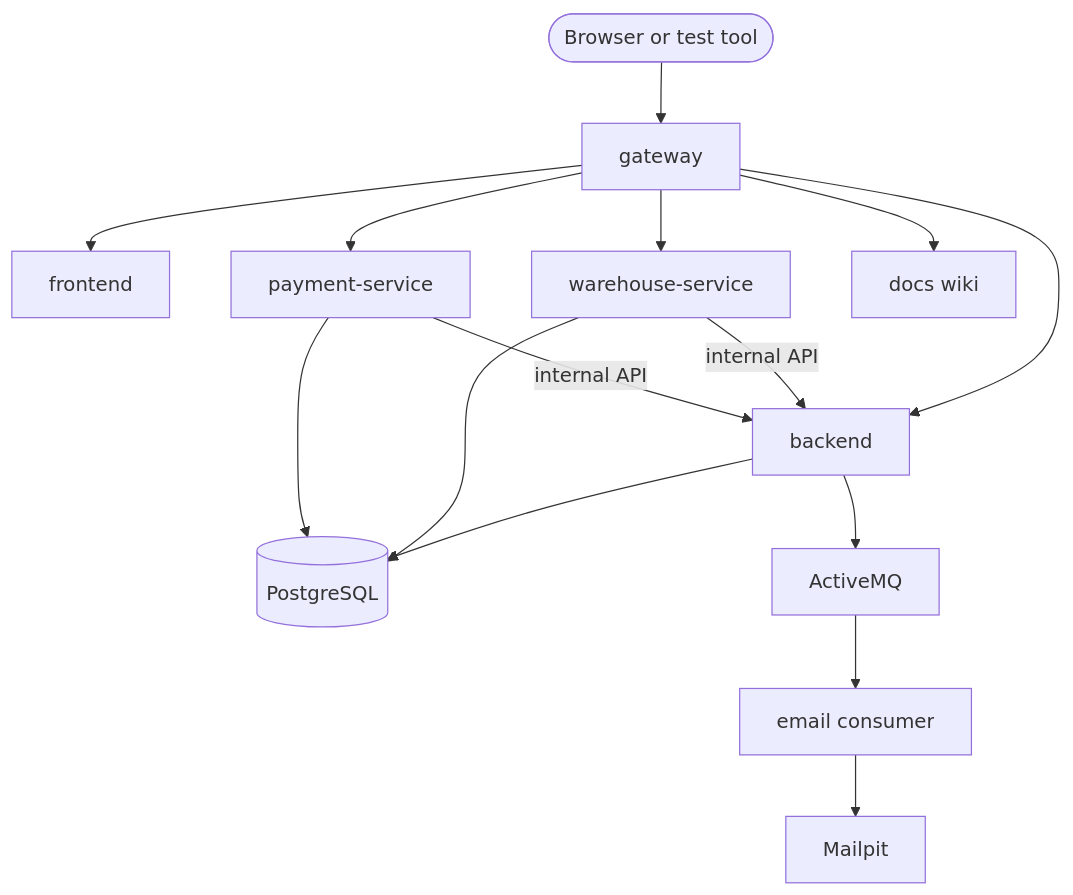
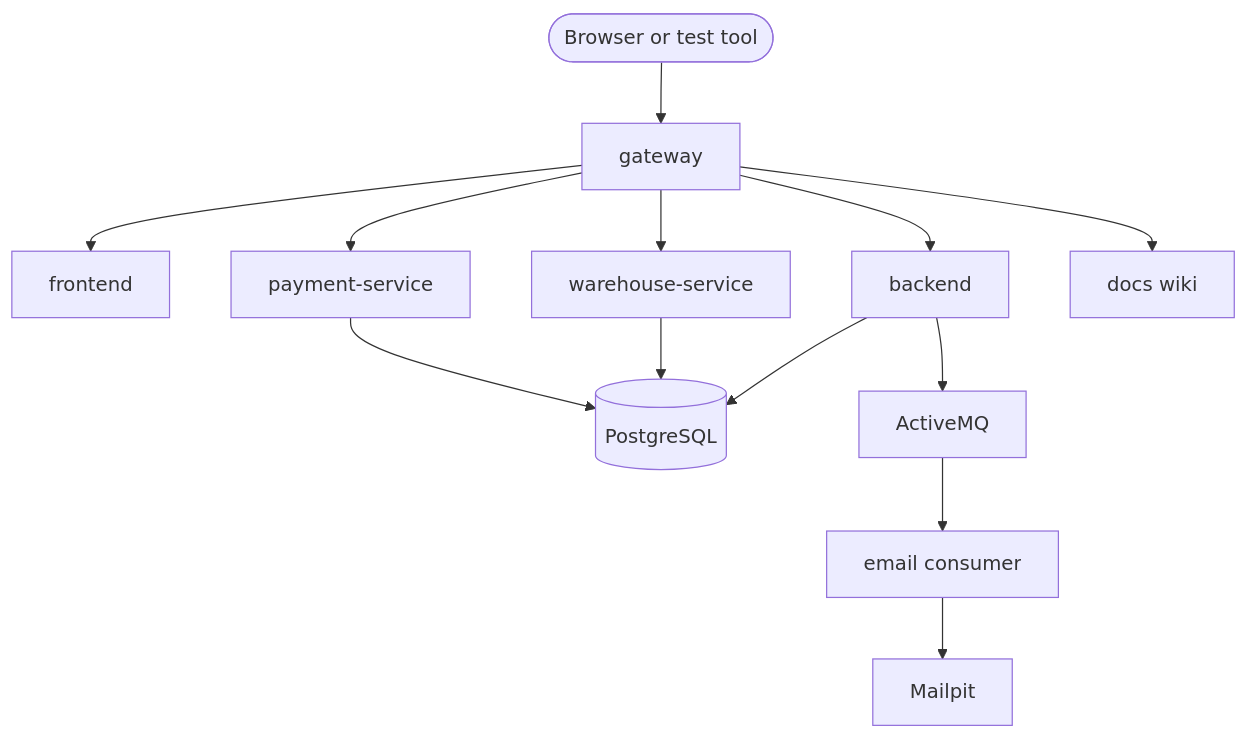
Before and after one commit to slawekradzyminski/awesome-localstack: the diagram in docs-site/docs/architecture/index.md, drawn with Mermaid. The commit also changed other lines of this file and 19 other files, not shown here.

First line of the commit message:
Review every wiki diagram by eye and redraw the unclear ones

````diff
--- a/docs-site/docs/architecture/index.md
+++ b/docs-site/docs/architecture/index.md
@@ -8,15 +8,13 @@
 ```mermaid
 flowchart TB
     U([Browser or test tool]) --> G[gateway]
     G --> F[frontend]
     G --> B[backend]
     G --> W[warehouse-service]
     G --> P[payment-service]
     G --> D[docs wiki]
-    W -->|internal API| B
-    P -->|internal API| B
     B --> DB[(PostgreSQL)]
     W --> DB
     P --> DB
     B --> MQ[ActiveMQ] --> C[email consumer] --> M[Mailpit]
 ```
````
